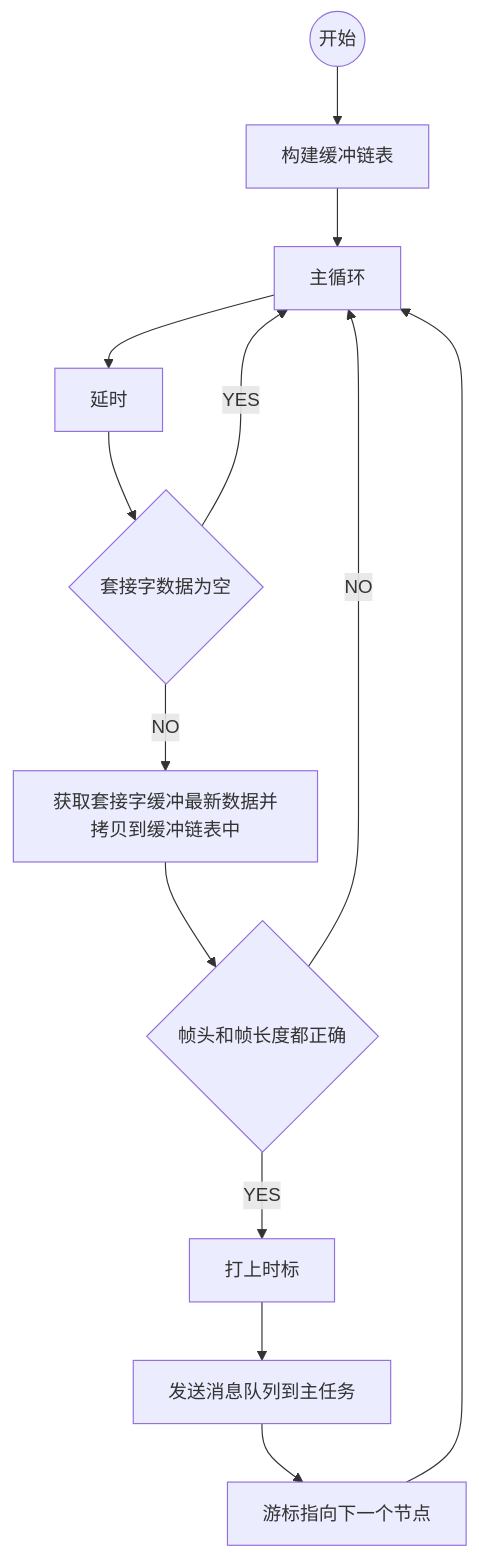
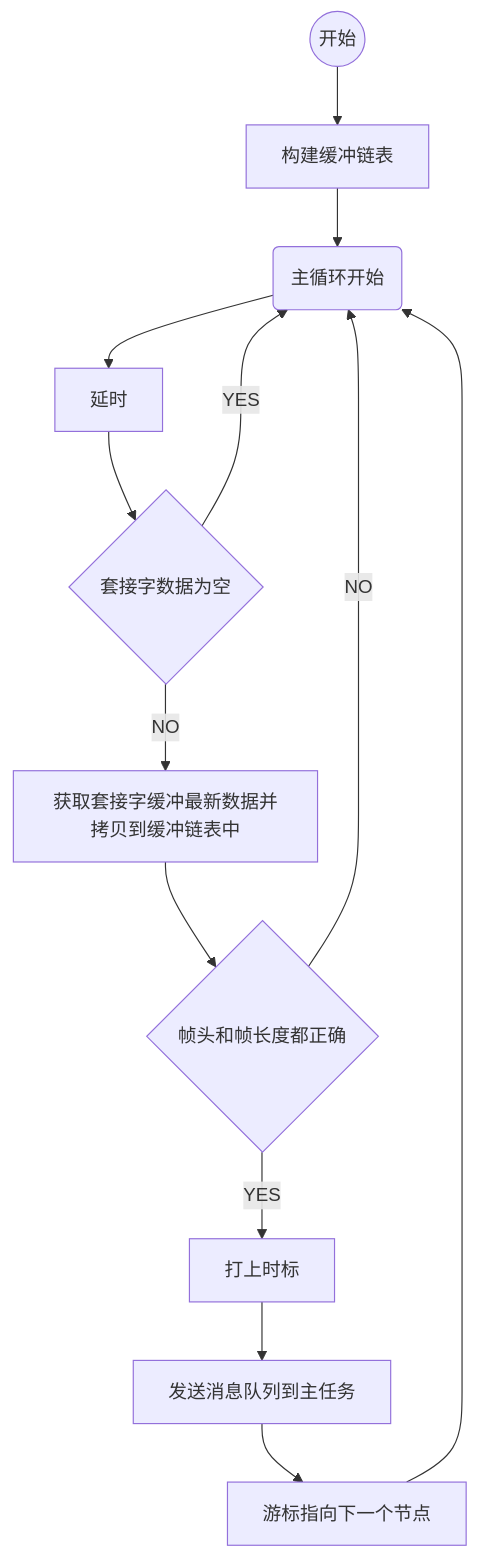
The first of 2 diagrams in doc/udp.md (zhangyc999/new-tz-1), drawn with Mermaid before and after one commit. The commit also changed other lines of this file, not shown here.

Commit message:
修改udp.md文件

````diff
--- a/doc/udp.md
+++ b/doc/udp.md
@@ -12,16 +12,17 @@
 ```mermaid
 graph TB
-        开始((开始))-->构建缓冲链表
-        构建缓冲链表-->主循环
-        主循环-->延时
-        延时-->套接字数据为空{套接字数据为空}
-        套接字数据为空--YES-->主循环
-        套接字数据为空--NO-->获取套接字缓冲最新数据并拷贝到缓冲链表中
-        获取套接字缓冲最新数据并拷贝到缓冲链表中-->帧头和帧长度都正确{帧头和帧长度都正确}
-        帧头和帧长度都正确--YES-->打上时标
+        st((开始))-->构建缓冲链表
+        构建缓冲链表-->loop(主循环开始)
+        loop-->延时
+        延时-->a{套接字数据为空}
+        a--YES-->loop
+        a--NO-->获取套接字缓冲最新数据并拷贝到缓冲链表中
+        获取套接字缓冲最新数据并拷贝到缓冲链表中-->b{帧头和帧长度都正确}
+        b--YES-->打上时标
+        b--NO-->loop
         打上时标-->发送消息队列到主任务
         发送消息队列到主任务-->游标指向下一个节点
-        游标指向下一个节点-->主循环
-        帧头和帧长度都正确--NO-->主循环
+        游标指向下一个节点-->loop
+
 
 ```
````
